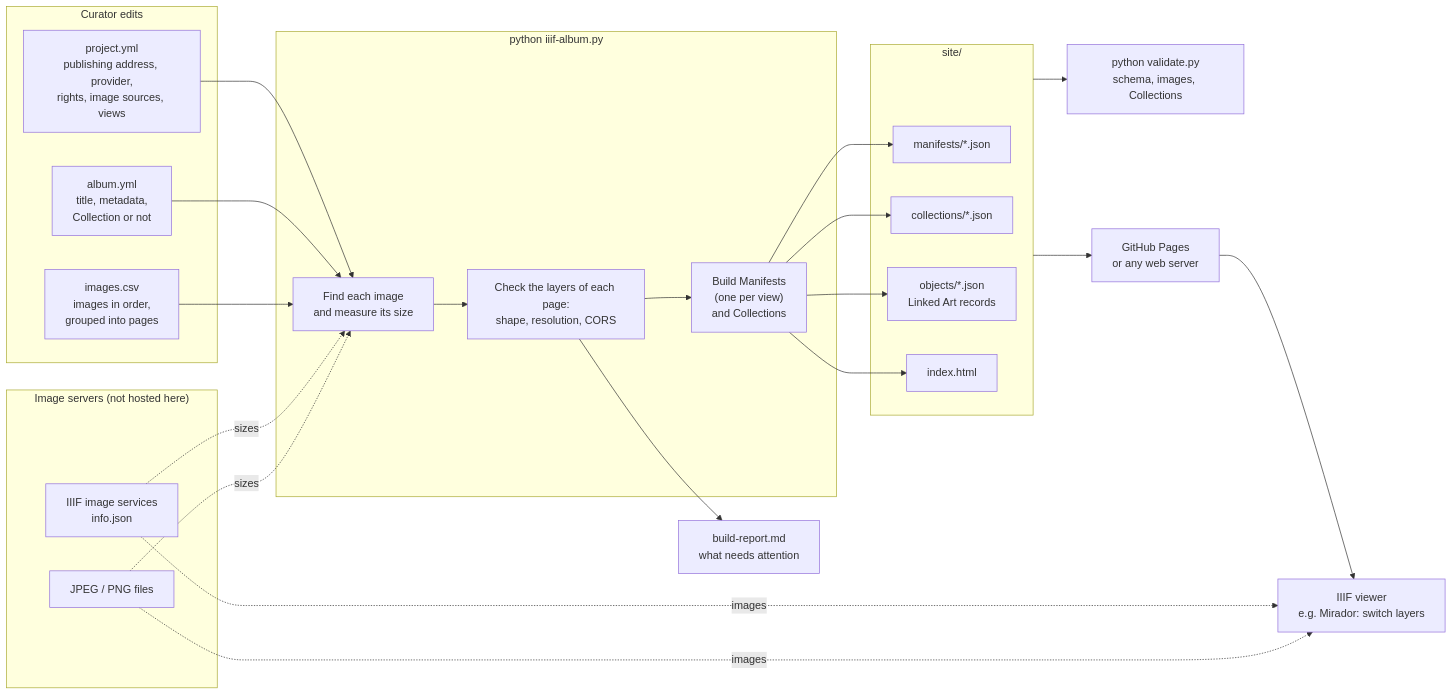
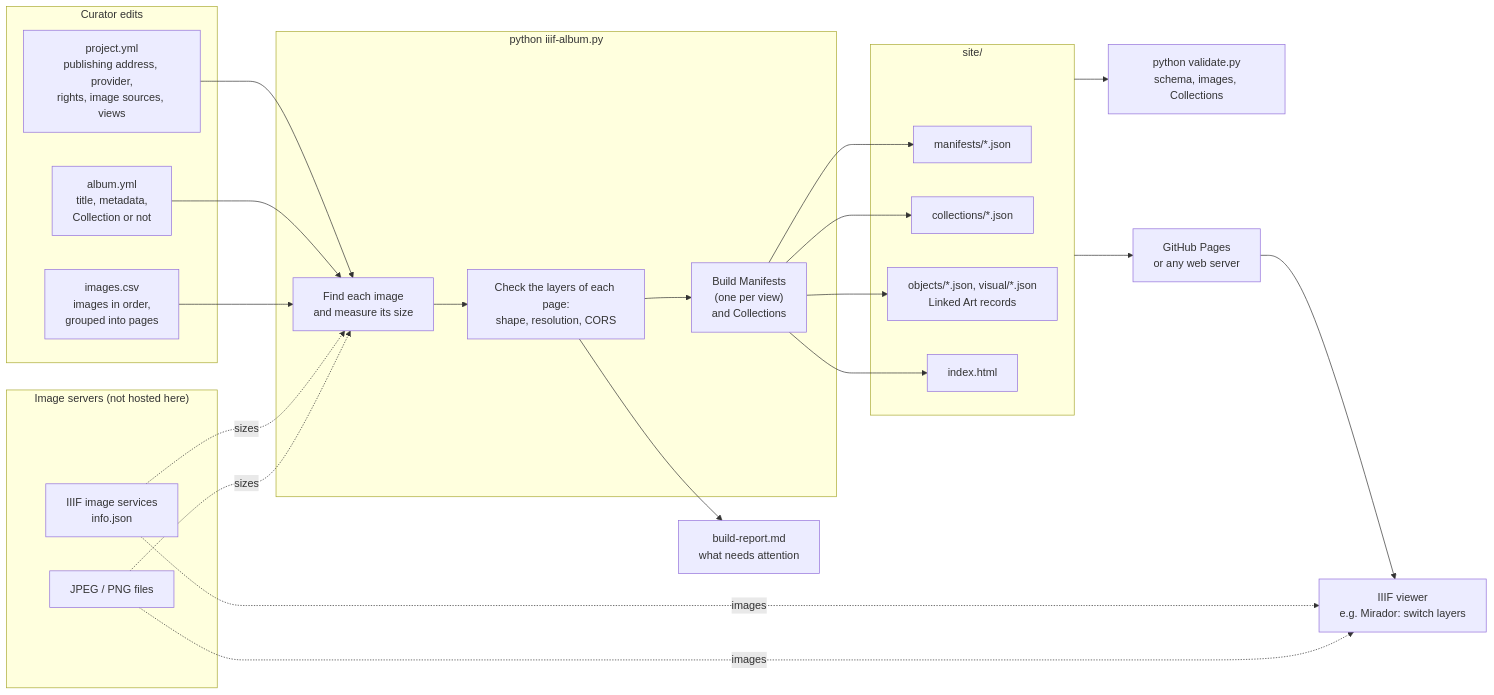
One commit to Participatory-Image-Archives/iiif-photoalbum changed the diagram in README.md. Above: the diagram before and after it, drawn with Mermaid. The commit also changed other lines of this file and 12 other files, not shown here.

Commit message:
further metadata for generating Linked ARt records

````diff
--- a/README.md
+++ b/README.md
@@ -13,41 +13,41 @@
 ```mermaid
 flowchart LR
     subgraph curator["Curator edits"]
         project["project.yml<br/>publishing address, provider,<br/>rights, image sources, views"]
         album["album.yml<br/>title, metadata,<br/>Collection or not"]
         csv["images.csv<br/>images in order,<br/>grouped into pages"]
     end
 
     subgraph servers["Image servers (not hosted here)"]
         iiif["IIIF image services<br/>info.json"]
         files["JPEG / PNG files"]
     end
 
     subgraph build["python iiif-album.py"]
         resolve["Find each image<br/>and measure its size"]
         check["Check the layers of each page:<br/>shape, resolution, CORS"]
         generate["Build Manifests<br/>(one per view)<br/>and Collections"]
     end
 
     validate["python validate.py<br/>schema, images, Collections"]
     report["build-report.md<br/>what needs attention"]
 
     subgraph site["site/"]
         manifests["manifests/*.json"]
         collections["collections/*.json"]
-        objects["objects/*.json<br/>Linked Art records"]
+        objects["objects/*.json, visual/*.json<br/>Linked Art records"]
         index["index.html"]
     end
 
     publish["GitHub Pages<br/>or any web server"]
     viewer["IIIF viewer<br/>e.g. Mirador: switch layers"]
 
     project & album & csv --> resolve
     iiif & files -. sizes .-> resolve
     resolve --> check --> generate
     check --> report
     generate --> manifests & collections & objects & index
     site --> validate
     site --> publish --> viewer
     iiif & files -. images .-> viewer
 ```
````
